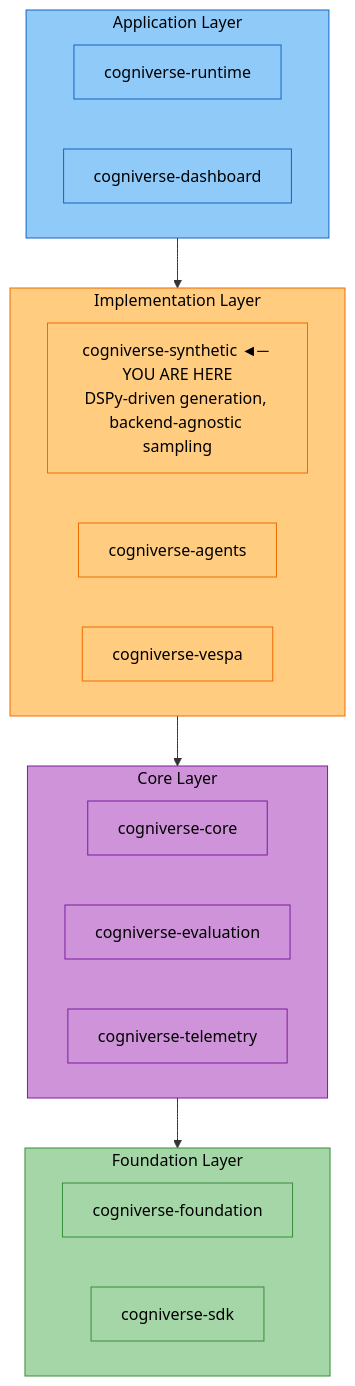
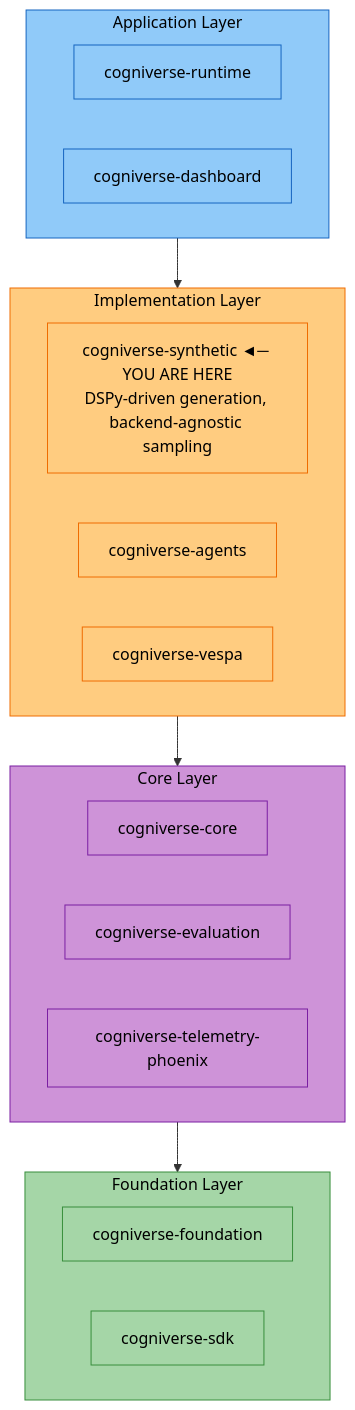
Before and after one commit to amit-jain/cogniverse: the diagram in docs/modules/synthetic.md, drawn with Mermaid. The commit also changed other lines of this file and 50 other files, not shown here.

First line of the commit message:
Complete and verify docs against code with mermaid palette

````diff
--- a/docs/modules/synthetic.md
+++ b/docs/modules/synthetic.md
@@ -200,43 +333,43 @@
 ```mermaid
 flowchart TB
     subgraph AppLayer["<span style='color:#000'>Application Layer</span>"]
         Runtime["<span style='color:#000'>cogniverse-runtime</span>"]
         Dashboard["<span style='color:#000'>cogniverse-dashboard</span>"]
     end
 
     subgraph ImplLayer["<span style='color:#000'>Implementation Layer</span>"]
         Synthetic["<span style='color:#000'>cogniverse-synthetic ◄─ YOU ARE HERE<br/>DSPy-driven generation, backend-agnostic sampling</span>"]
         Agents["<span style='color:#000'>cogniverse-agents</span>"]
         Vespa["<span style='color:#000'>cogniverse-vespa</span>"]
     end
 
     subgraph CoreLayer["<span style='color:#000'>Core Layer</span>"]
         Core["<span style='color:#000'>cogniverse-core</span>"]
         Evaluation["<span style='color:#000'>cogniverse-evaluation</span>"]
-        Telemetry["<span style='color:#000'>cogniverse-telemetry</span>"]
+        Telemetry["<span style='color:#000'>cogniverse-telemetry-phoenix</span>"]
     end
 
     subgraph FoundationLayer["<span style='color:#000'>Foundation Layer</span>"]
         Foundation["<span style='color:#000'>cogniverse-foundation</span>"]
         SDK["<span style='color:#000'>cogniverse-sdk</span>"]
     end
 
     AppLayer --> ImplLayer
     ImplLayer --> CoreLayer
     CoreLayer --> FoundationLayer
 
     style AppLayer fill:#90caf9,stroke:#1565c0,color:#000
     style Runtime fill:#90caf9,stroke:#1565c0,color:#000
     style Dashboard fill:#90caf9,stroke:#1565c0,color:#000
     style ImplLayer fill:#ffcc80,stroke:#ef6c00,color:#000
     style Synthetic fill:#ffcc80,stroke:#ef6c00,color:#000
     style Agents fill:#ffcc80,stroke:#ef6c00,color:#000
     style Vespa fill:#ffcc80,stroke:#ef6c00,color:#000
     style CoreLayer fill:#ce93d8,stroke:#7b1fa2,color:#000
     style Core fill:#ce93d8,stroke:#7b1fa2,color:#000
     style Evaluation fill:#ce93d8,stroke:#7b1fa2,color:#000
     style Telemetry fill:#ce93d8,stroke:#7b1fa2,color:#000
     style FoundationLayer fill:#a5d6a7,stroke:#388e3c,color:#000
     style Foundation fill:#a5d6a7,stroke:#388e3c,color:#000
     style SDK fill:#a5d6a7,stroke:#388e3c,color:#000
 ```
````
